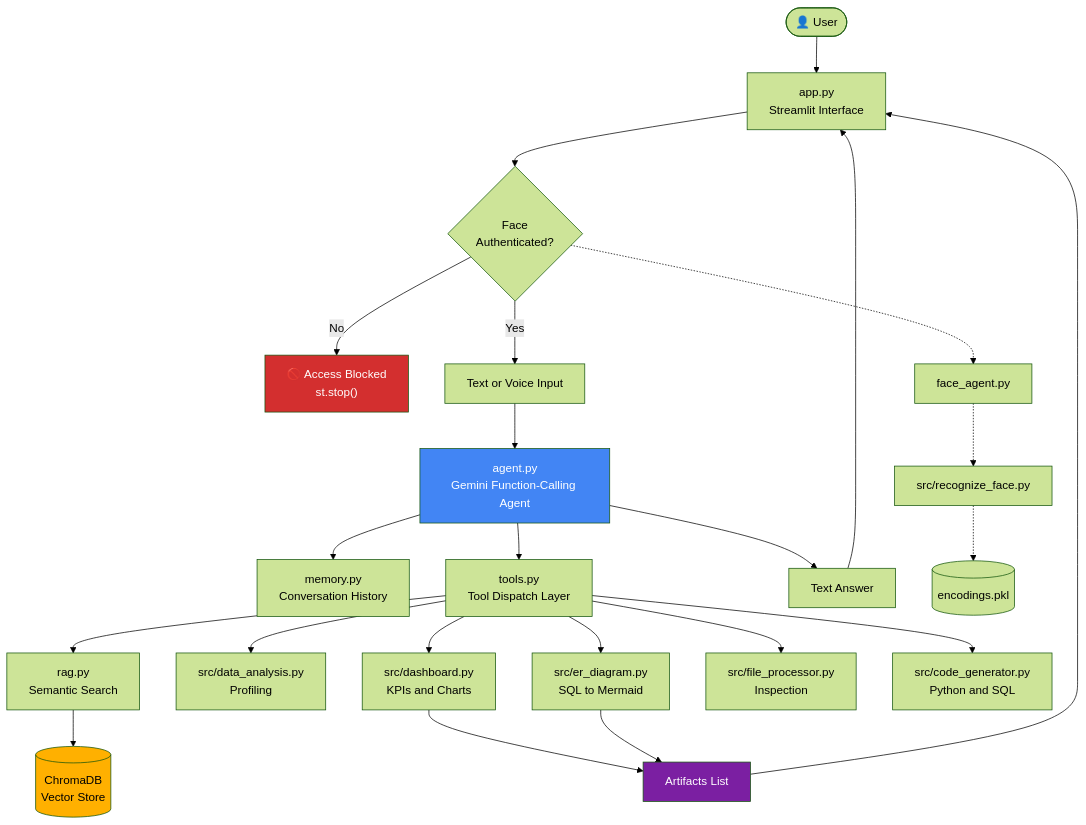
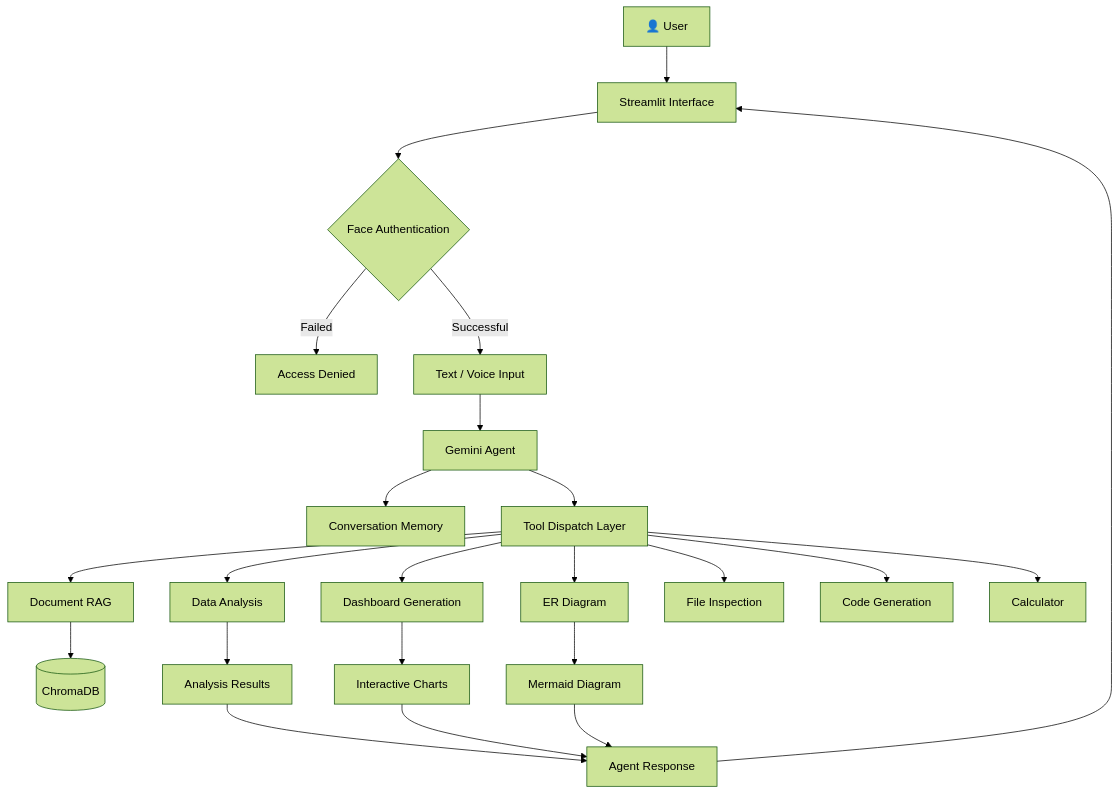
Before and after one commit to AkhilReddySankati/Multimodal-AI-Personal-Assistant: the first of 3 diagrams in README.md, drawn with Mermaid (forest theme). The commit also changed other lines of this file, not shown here.

````diff
--- a/README.md
+++ b/README.md
@@ -78,37 +46,31 @@
 ```mermaid
 flowchart TD
-    User(["👤 User"]) --> UI["app.py<br/>Streamlit Interface"]
+    A["👤 User"] --> B["Streamlit Interface"]
+    B --> C{"Face Authentication"}
 
-    UI --> Auth{"Face<br/>Authenticated?"}
-    Auth -- "No" --> Block["🚫 Access Blocked<br/>st.stop()"]
-    Auth -- "Yes" --> Input["Text or Voice Input"]
+    C -->|Failed| D["Access Denied"]
+    C -->|Successful| E["Text / Voice Input"]
 
-    Input --> Agent["agent.py<br/>Gemini Function-Calling Agent"]
+    E --> F["Gemini Agent"]
 
-    Agent --> Memory["memory.py<br/>Conversation History"]
-    Agent --> Tools["tools.py<br/>Tool Dispatch Layer"]
+    F --> G["Conversation Memory"]
+    F --> H["Tool Dispatch Layer"]
 
-    Tools --> RAG["rag.py<br/>Semantic Search"]
-    Tools --> Data["src/data_analysis.py<br/>Profiling"]
-    Tools --> Dash["src/dashboard.py<br/>KPIs and Charts"]
-    Tools --> ER["src/er_diagram.py<br/>SQL to Mermaid"]
-    Tools --> Files["src/file_processor.py<br/>Inspection"]
-    Tools --> Code["src/code_generator.py<br/>Python and SQL"]
+    H --> I["Document RAG"]
+    H --> J["Data Analysis"]
+    H --> K["Dashboard Generation"]
+    H --> L["ER Diagram"]
+    H --> M["File Inspection"]
+    H --> N["Code Generation"]
+    H --> O["Calculator"]
 
-    RAG --> Chroma[("ChromaDB<br/>Vector Store")]
-    Dash --> Artifacts["Artifacts List"]
-    ER --> Artifacts
+    I --> P[("ChromaDB")]
+    J --> Q["Analysis Results"]
+    K --> R["Interactive Charts"]
+    L --> S["Mermaid Diagram"]
 
-    Agent --> Answer["Text Answer"]
-    Answer --> UI
-    Artifacts --> UI
-
-    Auth -.-> Face["face_agent.py"]
-    Face -.-> Recog["src/recognize_face.py"]
-    Recog -.-> Pickle[("encodings.pkl")]
-
-    style Agent fill:#4285F4,color:#fff
-    style Chroma fill:#FFB000,color:#000
-    style Block fill:#d32f2f,color:#fff
-    style Artifacts fill:#7b1fa2,color:#fff
+    Q --> T["Agent Response"]
+    R --> T
+    S --> T
+    T --> B
 ```
````
